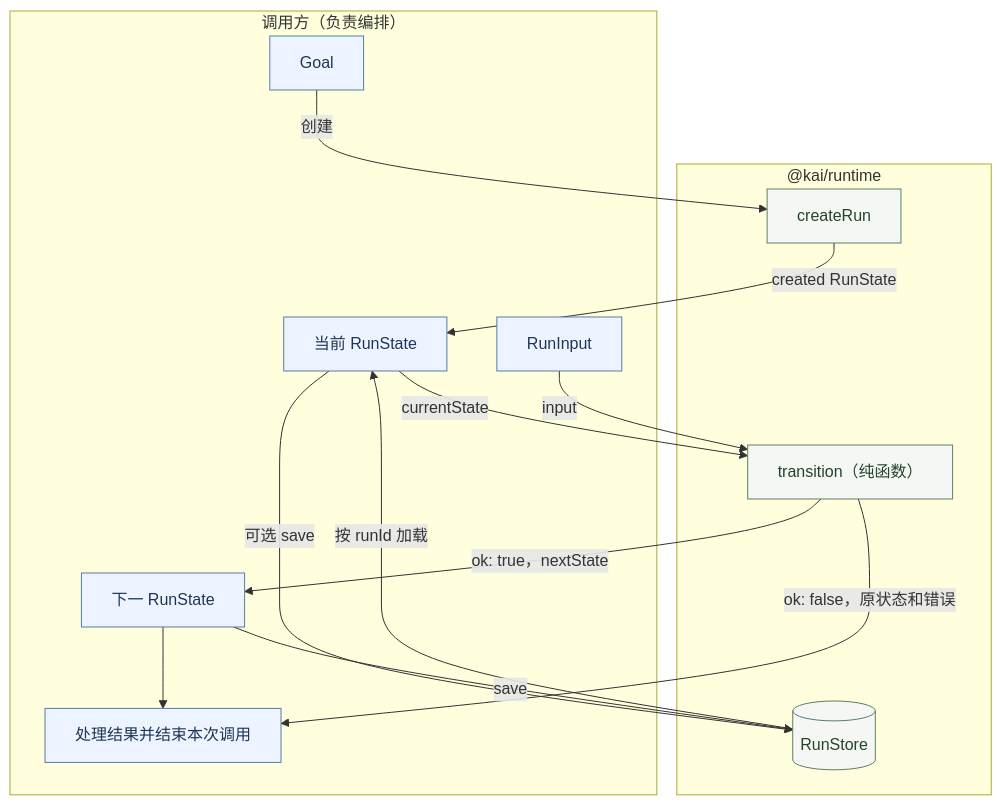
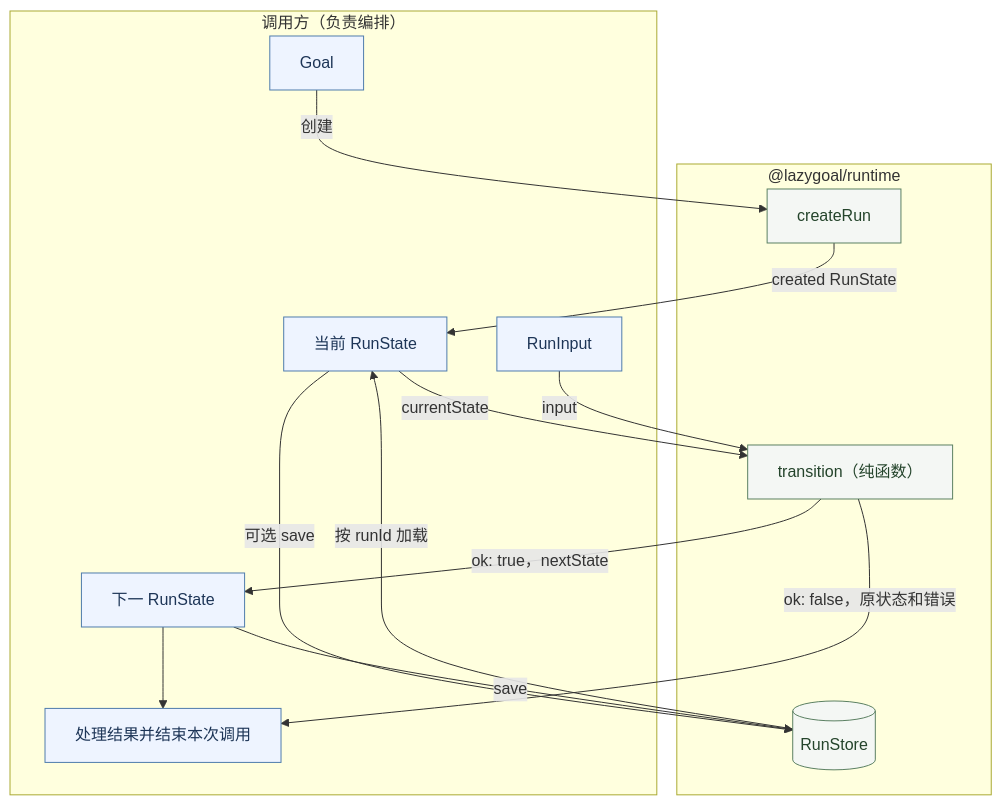
The diagram in specs/goal-driven-loop-foundation/architecture.mmd (ccasJay/LazyGoal), drawn with Mermaid before and after one commit. The commit also changed 15 other files, not shown here.

```diff
--- a/specs/goal-driven-loop-foundation/architecture.mmd
+++ b/specs/goal-driven-loop-foundation/architecture.mmd
@@ -1,32 +1,32 @@
 %% 最小 Goal-driven Loop 基础设施：组件与一次状态推进
 %% Runtime 中没有自动循环；是否发起下一次 transition 由调用方决定。
 flowchart TD
     subgraph caller["调用方（负责编排）"]
         Goal["Goal"]
         Input["RunInput"]
         Current["当前 RunState"]
         Next["下一 RunState"]
         Handle["处理结果并结束本次调用"]
     end
 
-    subgraph runtime["@kai/runtime"]
+    subgraph runtime["@lazygoal/runtime"]
         Create["createRun"]
         Transition["transition（纯函数）"]
         Store[("RunStore")]
     end
 
     Goal -->|创建| Create
     Create -->|created RunState| Current
     Current -->|可选 save| Store
     Store -->|按 runId 加载| Current
     Current -->|currentState| Transition
     Input -->|input| Transition
     Transition -->|ok: true，nextState| Next
     Transition -->|ok: false，原状态和错误| Handle
     Next -->|save| Store
     Next --> Handle
 
     classDef callerStyle fill:#eef4ff,stroke:#4f7cac,color:#1d3557
     class Goal,Input,Current,Next,Handle callerStyle
     classDef runtimeStyle fill:#f4f7f4,stroke:#5b8062,color:#24442b
     class Create,Transition,Store runtimeStyle
```
